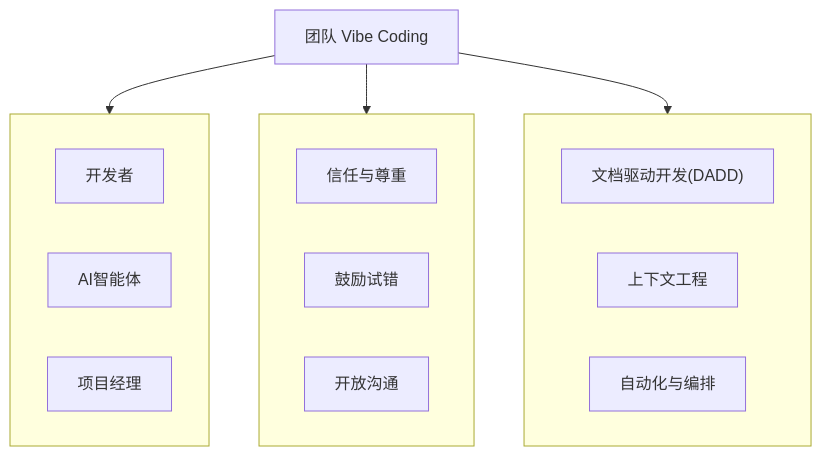
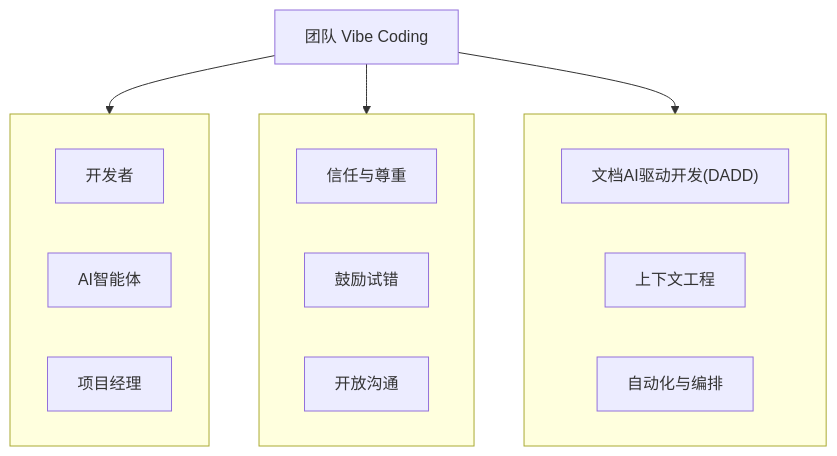
The diagram in part1/chapter2/definition.md (imleoo/claude-code-in-teams), drawn with Mermaid before and after one commit. The commit also changed 5 other files, not shown here.

First line of the commit message:
docs: 统一将"文档驱动开发"更新为"文档AI驱动开发"

````diff
--- a/part1/chapter2/definition.md
+++ b/part1/chapter2/definition.md
@@ -9,24 +9,24 @@
 ```mermaid
 graph TD
     A["团队 Vibe Coding"] --> B["Team (多元主体)"];
     A --> C["Vibe (心理安全)"];
     A --> D["Coding (AI增强)"];
 
     subgraph B [ ]
         B1["开发者"]
         B2["AI智能体"]
         B3["项目经理"]
     end
 
     subgraph C [ ]
         C1["信任与尊重"]
         C2["鼓励试错"]
         C3["开放沟通"]
     end
 
     subgraph D [ ]
-        D1["文档驱动开发(DADD)"]
+        D1["文档AI驱动开发(DADD)"]
         D2["上下文工程"]
         D3["自动化与编排"]
     end
 ```
````
